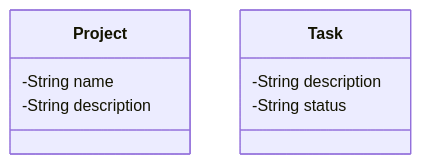
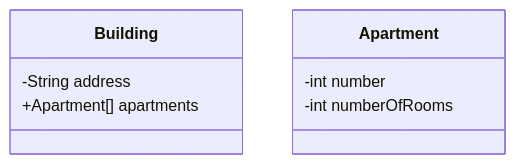
One commit to JuanHiguitaR/Building_Structure changed the diagram in src/README.md. Above: the diagram before and after it, drawn with Mermaid. The commit also changed other lines of this file, not shown here.

````diff
--- a/src/README.md
+++ b/src/README.md
@@ -7,13 +7,12 @@
 ```mermaid
 classDiagram
-    class Project {
-        -String name
-        -String description
+    class Building {
+        -String address
+        +Apartment[] apartments
     }
 
-    class Task {
-        -String description
-        -String status
+    class Apartment {
+        -int number
+        -int numberOfRooms
     }
-
 ```
````
